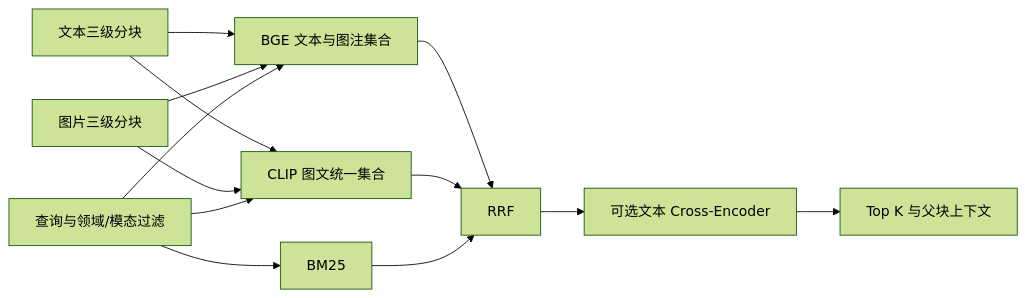
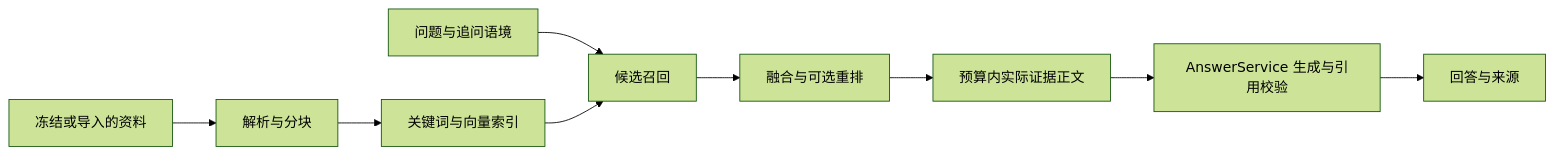
One commit to JennyMa11/InfraAgent changed the diagram in README.md. Above: the diagram before and after it, drawn with Mermaid (forest theme). The commit also changed other lines of this file and 9449 other files, not shown here.

````diff
--- a/README.md
+++ b/README.md
@@ -91,15 +66,11 @@
 ```mermaid
 flowchart LR
-    T[文本三级分块] --> B[BGE 文本与图注集合]
-    T --> C[CLIP 图文统一集合]
-    I[图片三级分块] --> C
-    I --> B
-    Q[查询与领域/模态过滤] --> M[BM25]
-    Q --> B
-    Q --> C
-    B --> R[RRF]
-    C --> R
-    M --> R
-    R --> X[可选文本 Cross-Encoder]
-    X --> P[Top K 与父块上下文]
+    D[冻结或导入的资料] --> P[解析与分块]
+    P --> I[关键词与向量索引]
+    Q[问题与追问语境] --> R[候选召回]
+    I --> R
+    R --> S[融合与可选重排]
+    S --> C[预算内实际证据正文]
+    C --> A[AnswerService 生成与引用校验]
+    A --> O[回答与来源]
 ```
````
